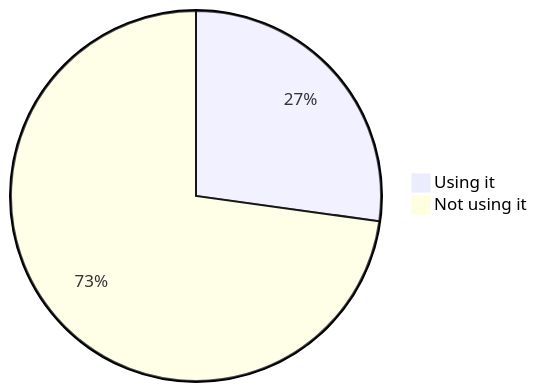
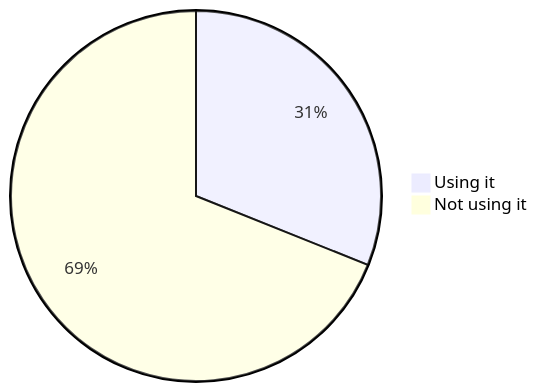
One commit to oshp/oshp-stats changed diagram 16 of 18 in stats.md. Above: the diagram before and after it, drawn with Mermaid. The commit also changed other lines of this file and 1 other file, not shown here.

````diff
--- a/stats.md
+++ b/stats.md
@@ -188,6 +188,6 @@
 ```mermaid
 pie
-	"Using it" : 27.18
-	"Not using it" : 72.82
+	"Using it" : 31.07
+	"Not using it" : 68.93
 
 ```
````
